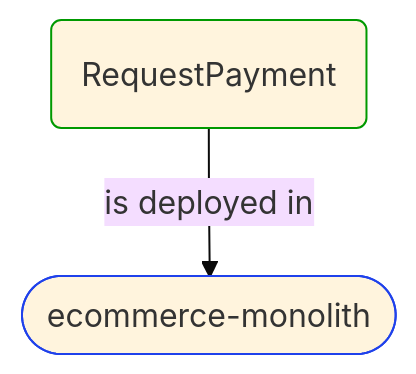
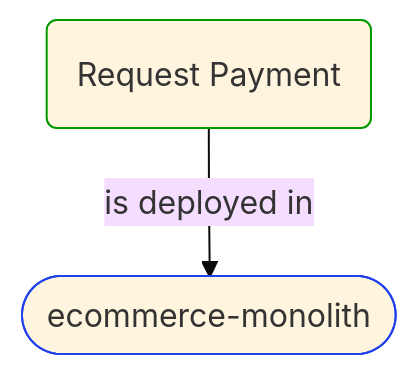
The second of 3 diagrams in Docs/P3/MermaidOutput/Domain/Concepts/Payments/Requesting/RequestPayment.md (itlibrium/DDD-starter-dotnet), drawn with Mermaid (base theme) before and after one commit. The commit also changed other lines of this file and 51 other files, not shown here.

````diff
--- a/Docs/P3/MermaidOutput/Domain/Concepts/Payments/Requesting/RequestPayment.md
+++ b/Docs/P3/MermaidOutput/Domain/Concepts/Payments/Requesting/RequestPayment.md
@@ -40,11 +40,11 @@
 ```mermaid
   flowchart TB
-    0(RequestPayment)
+    0(Request Payment)
     class 0 DomainPerspective
     1([ecommerce-monolith])
     class 1 TechnologyPerspective
     0-->|is deployed in|1
     classDef DomainPerspective stroke:#009900
     classDef TechnologyPerspective stroke:#1F41EB
     classDef PeoplePerspective stroke:#FFF014
 ```
````
